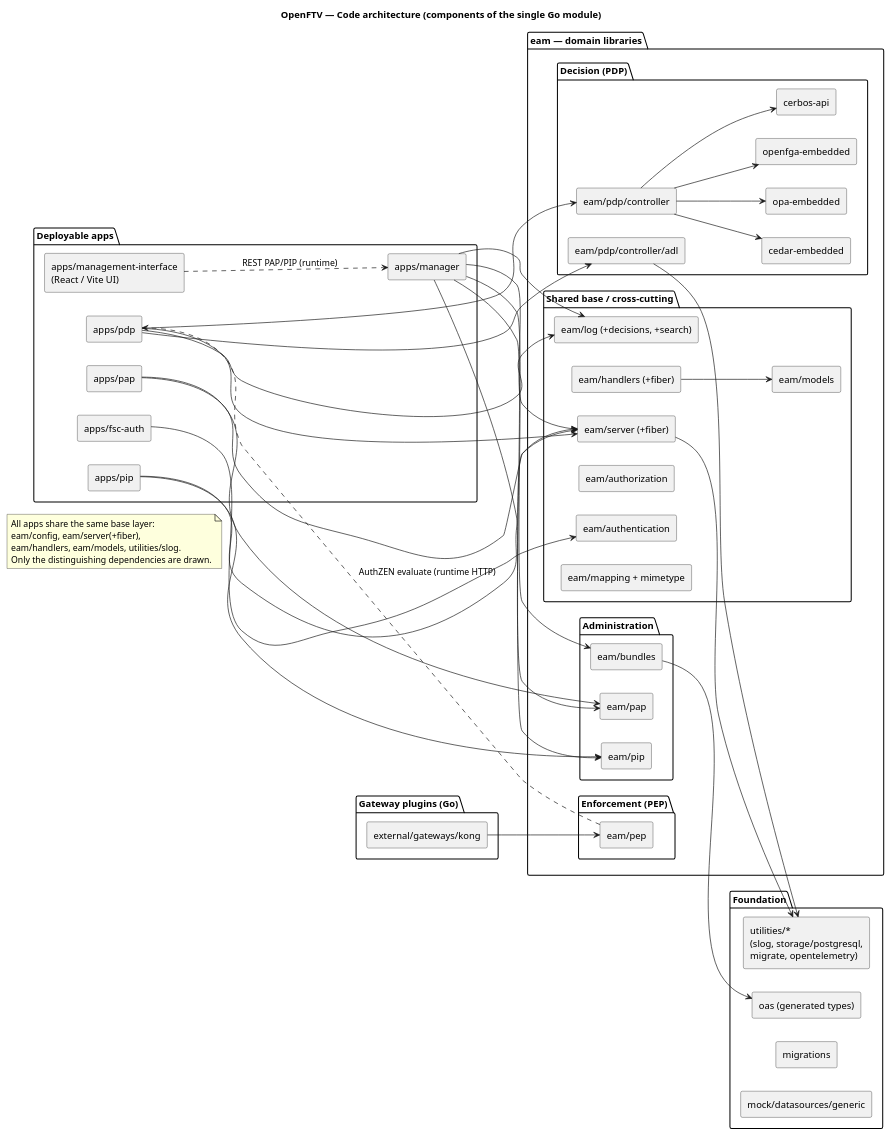
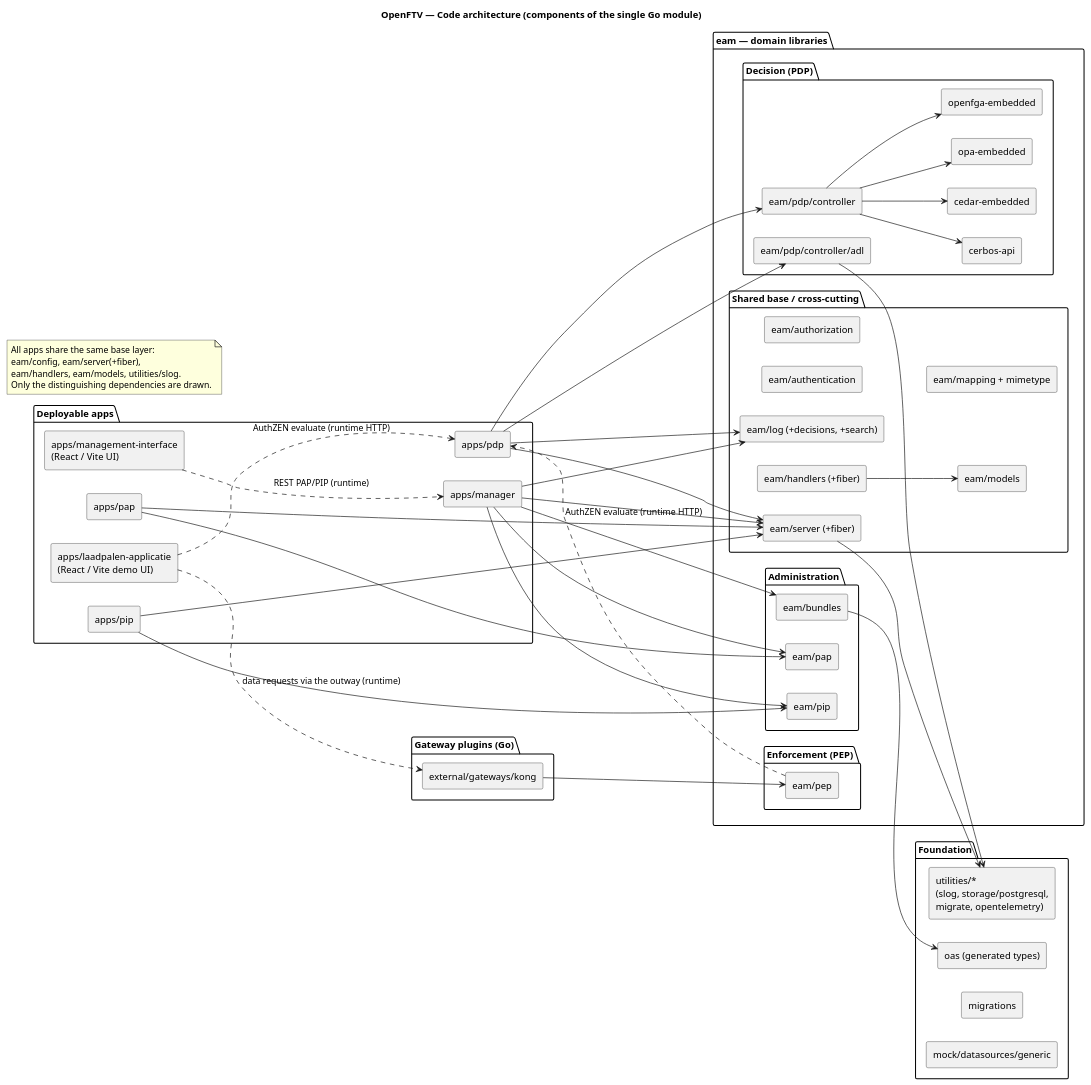
Before and after one commit to nielserkamp-ritense/open-ftv: the diagram in docs/architecture/code.puml, drawn with PlantUML. The commit also changed 1 other file, not shown here.

Commit message:
docs: bring the code diagram's app list up to date
apps/fsc-auth does not exist, and apps/laadpalen-applicatie was missing.
The laadpalen app asks the PDP for decisions and fetches its data through
the Vlierdam outway, the Kong gateway.

```diff
--- a/docs/architecture/code.puml
+++ b/docs/architecture/code.puml
@@ -1,94 +1,95 @@
 @startuml openftv-code
 title OpenFTV — Code architecture (components of the single Go module)
 
 skinparam componentStyle rectangle
 left to right direction
 
 package "Deployable apps" {
   component "apps/manager" as MGR
   component "apps/pdp" as PDP
   component "apps/pap" as PAP
   component "apps/pip" as PIP
-  component "apps/fsc-auth" as FSC
   component "apps/management-interface\n(React / Vite UI)" as MI
+  component "apps/laadpalen-applicatie\n(React / Vite demo UI)" as LP
 }
 
 package "Gateway plugins (Go)" {
   component "external/gateways/kong" as KONG
 }
 
 package "eam — domain libraries" {
   package "Enforcement (PEP)" {
     component "eam/pep" as PEP
   }
   package "Decision (PDP)" {
     component "eam/pdp/controller" as CTRL
     component "eam/pdp/controller/adl" as CADL
     component "cedar-embedded" as CEDAR
     component "opa-embedded" as OPA
     component "openfga-embedded" as FGA
     component "cerbos-api" as CERBOS
   }
   package "Administration" {
     component "eam/pap" as EPAP
     component "eam/pip" as EPIP
     component "eam/bundles" as BUND
   }
   package "Shared base / cross-cutting" {
     component "eam/server (+fiber)" as SRV
     component "eam/handlers (+fiber)" as HND
     component "eam/authentication" as AUTHN
     component "eam/authorization" as AUTHZ
     component "eam/models" as MOD
     component "eam/log (+decisions, +search)" as LOG
     component "eam/mapping + mimetype" as MAP
   }
 }
 
 package "Foundation" {
   component "utilities/*\n(slog, storage/postgresql,\nmigrate, opentelemetry)" as UT
   component "oas (generated types)" as OAS
   component "migrations" as MIG
   component "mock/datasources/generic" as MOCK
 }
 
 ' ---- distinguishing app composition ----
 MGR --> EPAP
 MGR --> EPIP
 MGR --> BUND
 MGR --> LOG
 PAP --> EPAP
 PIP --> EPIP
 PDP --> CTRL
 PDP --> CADL
 PDP --> LOG
-FSC --> AUTHN
 
 ' ---- PDP controller delegates to a policy engine ----
 CTRL --> CEDAR
 CTRL --> OPA
 CTRL --> FGA
 CTRL --> CERBOS
 
 ' ---- gateways enforce via PEP, then call the PDP over HTTP ----
 KONG  --> PEP
 PEP  ..> PDP : AuthZEN evaluate (runtime HTTP)
 MI   ..> MGR : REST PAP/PIP (runtime)
+LP   ..> PDP : AuthZEN evaluate (runtime HTTP)
+LP   ..> KONG : data requests via the outway (runtime)
 
 ' ---- shared base + foundation ----
 MGR --> SRV
 PDP --> SRV
 PAP --> SRV
 PIP --> SRV
 SRV --> UT
 HND --> MOD
 BUND --> OAS
 CADL --> UT
 
 note as N1
   All apps share the same base layer:
   eam/config, eam/server(+fiber),
   eam/handlers, eam/models, utilities/slog.
   Only the distinguishing dependencies are drawn.
 end note
 @enduml
```
